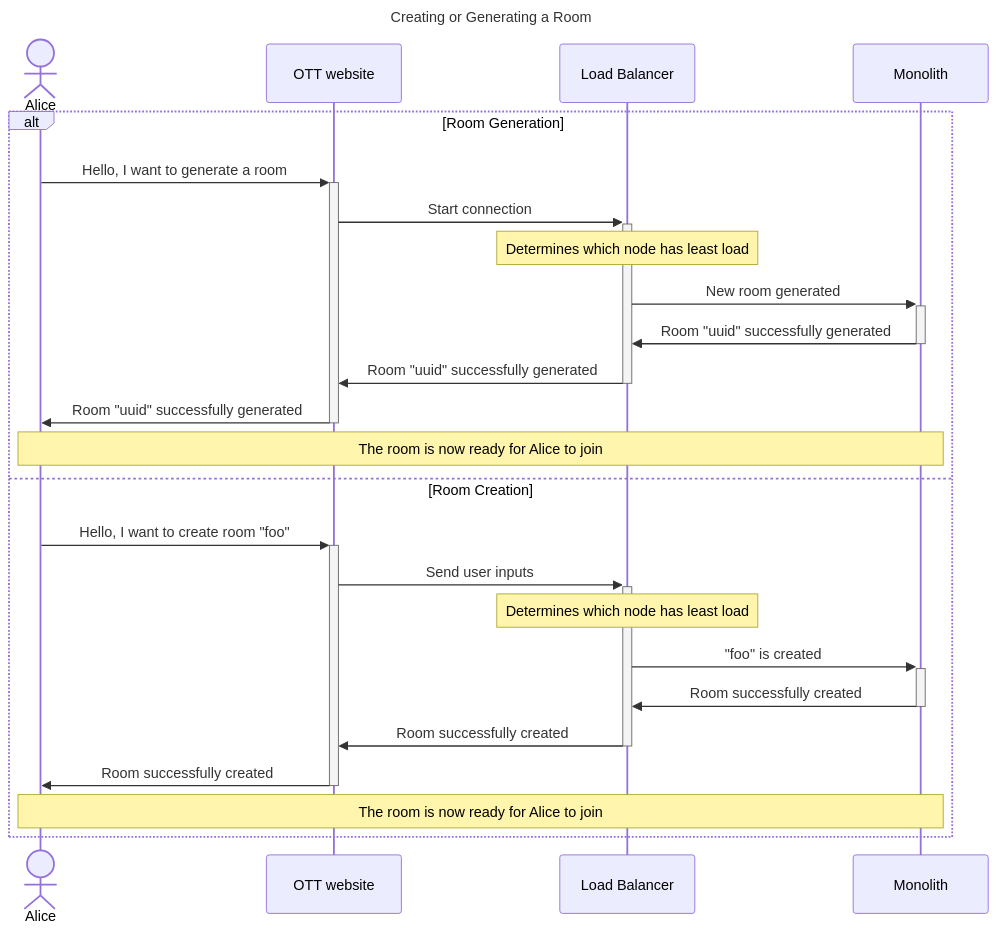
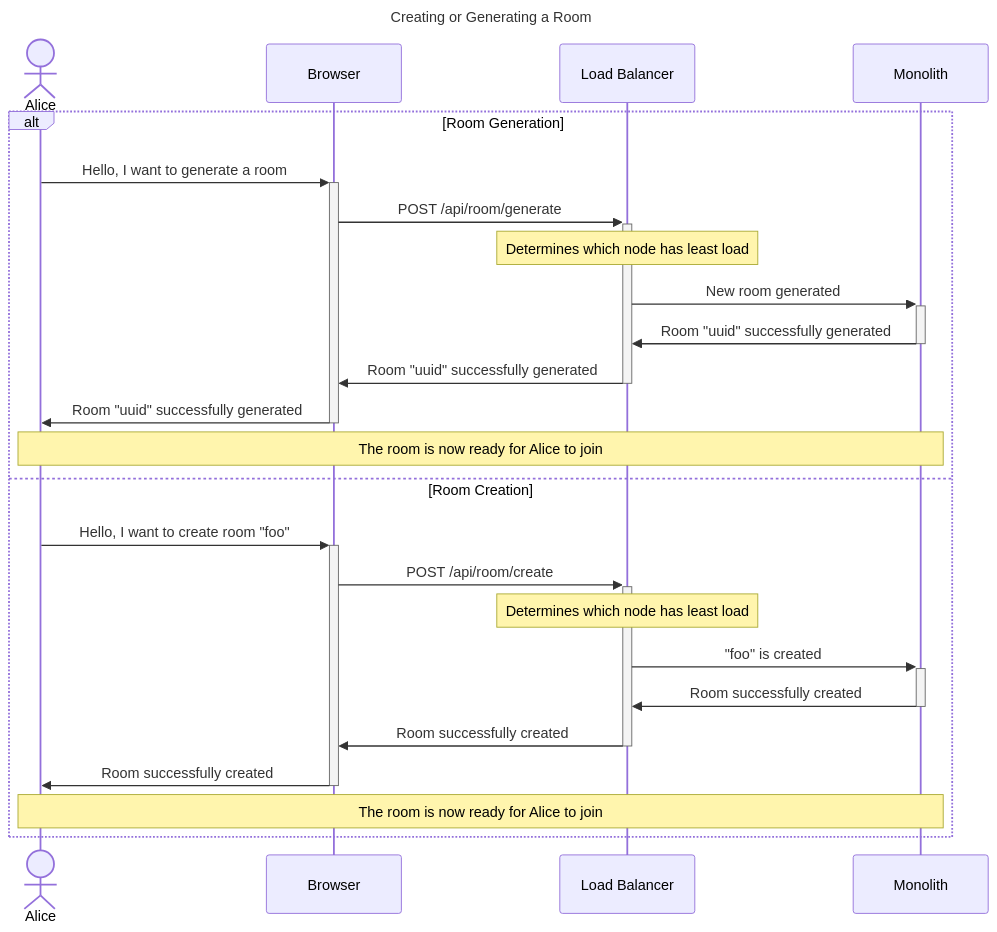
Before and after one commit to dyc3/ssw345-group-assignments: the diagram in final-project/Figures/create-room-diag.mmd, drawn with Mermaid. The commit also changed 3 other files, not shown here.

First line of the commit message:
minor diagram tweaks (#36)

```diff
--- a/final-project/Figures/create-room-diag.mmd
+++ b/final-project/Figures/create-room-diag.mmd
@@ -1,27 +1,27 @@
 ---
 title: Creating or Generating a Room
 ---
 sequenceDiagram
     actor Alice
-    participant OTT as OTT website
+    participant OTT as Browser
     participant L as Load Balancer
     participant N as Monolith
     alt Room Generation
     Alice->>+OTT: Hello, I want to generate a room
-    OTT->>+L: Start connection
+    OTT->>+L: POST /api/room/generate
     Note over L: Determines which node has least load
     L->>+N: New room generated
     N->>-L: Room "uuid" successfully generated
     L->>-OTT: Room "uuid" successfully generated
     OTT->>-Alice: Room "uuid" successfully generated
     Note over Alice,N: The room is now ready for Alice to join
     else Room Creation
     Alice->>+OTT: Hello, I want to create room "foo"
-    OTT->>+L: Send user inputs
+    OTT->>+L: POST /api/room/create
     Note over L: Determines which node has least load
     L->>+N: "foo" is created
     N->>-L: Room successfully created
     L->>-OTT: Room successfully created
     OTT->>-Alice: Room successfully created
     Note over Alice,N: The room is now ready for Alice to join
     end
```
